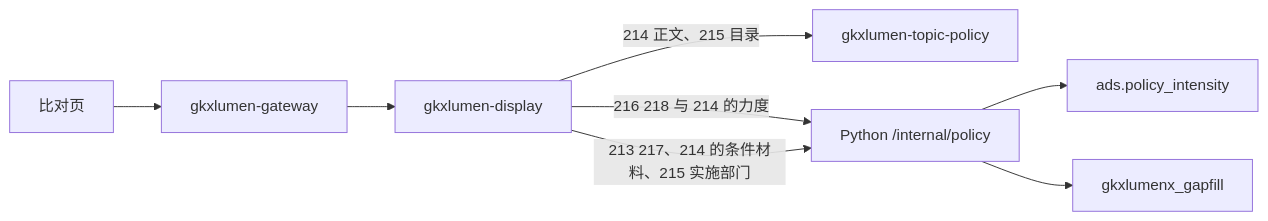
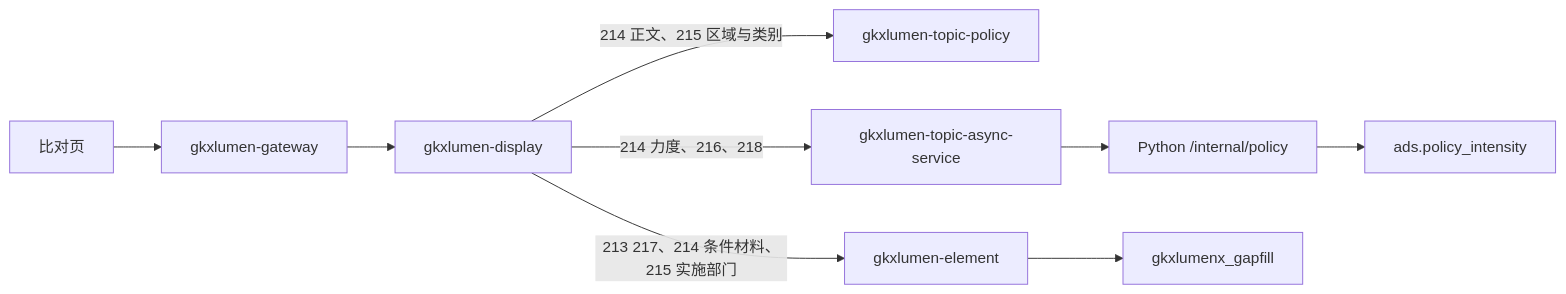
The diagram in agent-delivery/agent-handoffs/科技政策跟踪-POL/sdd/l2/POL-L2-DS10-CMP-ARCH.md (Marisolebxf/-), drawn with Mermaid before and after one commit. The commit also changed other lines of this file, not shown here.

First line of the commit message:
docs(policy): 比对调用链改为 element 与异步任务管道 [agent:architect-agent]

````diff
--- a/agent-delivery/agent-handoffs/科技政策跟踪-POL/sdd/l2/POL-L2-DS10-CMP-ARCH.md
+++ b/agent-delivery/agent-handoffs/科技政策跟踪-POL/sdd/l2/POL-L2-DS10-CMP-ARCH.md
@@ -46,14 +48,16 @@
 ```mermaid
 flowchart LR
   fe["比对页"]
   gw["gkxlumen-gateway"]
   bff["gkxlumen-display"]
   tp["gkxlumen-topic-policy"]
+  el["gkxlumen-element"]
+  async["gkxlumen-topic-async-service"]
   py["Python /internal/policy"]
   ads["ads.policy_intensity"]
   gap["gkxlumenx_gapfill"]
   fe --> gw --> bff
-  bff -->|"214 正文、215 目录"| tp
-  bff -->|"216 218 与 214 的力度"| py --> ads
-  bff -->|"213 217、214 的条件材料、215 实施部门"| py --> gap
+  bff -->|"214 正文、215 区域与类别"| tp
+  bff -->|"213 217、214 条件材料、215 实施部门"| el --> gap
+  bff -->|"214 力度、216、218"| async --> py --> ads
 ```
````
